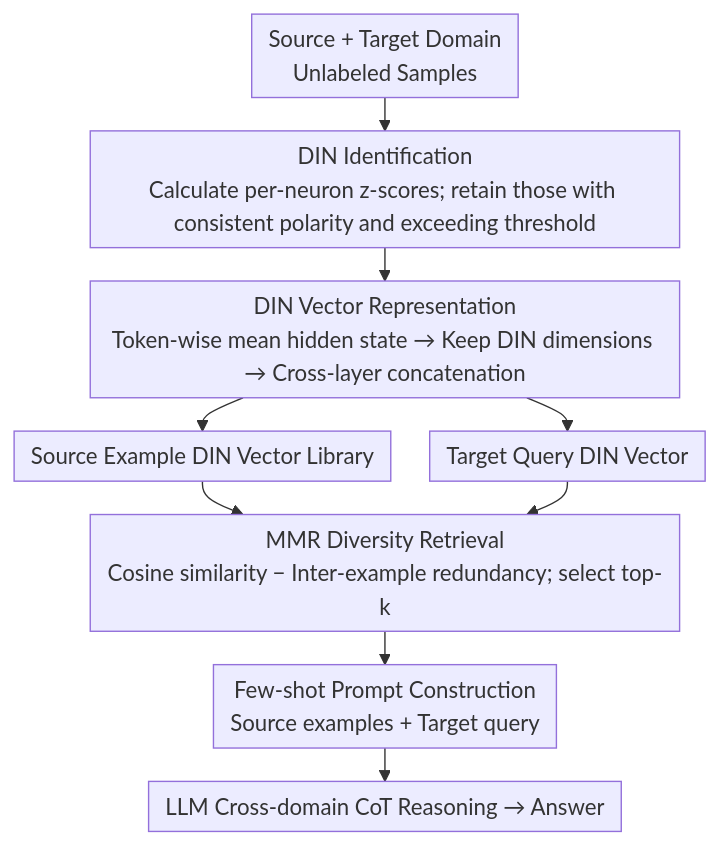
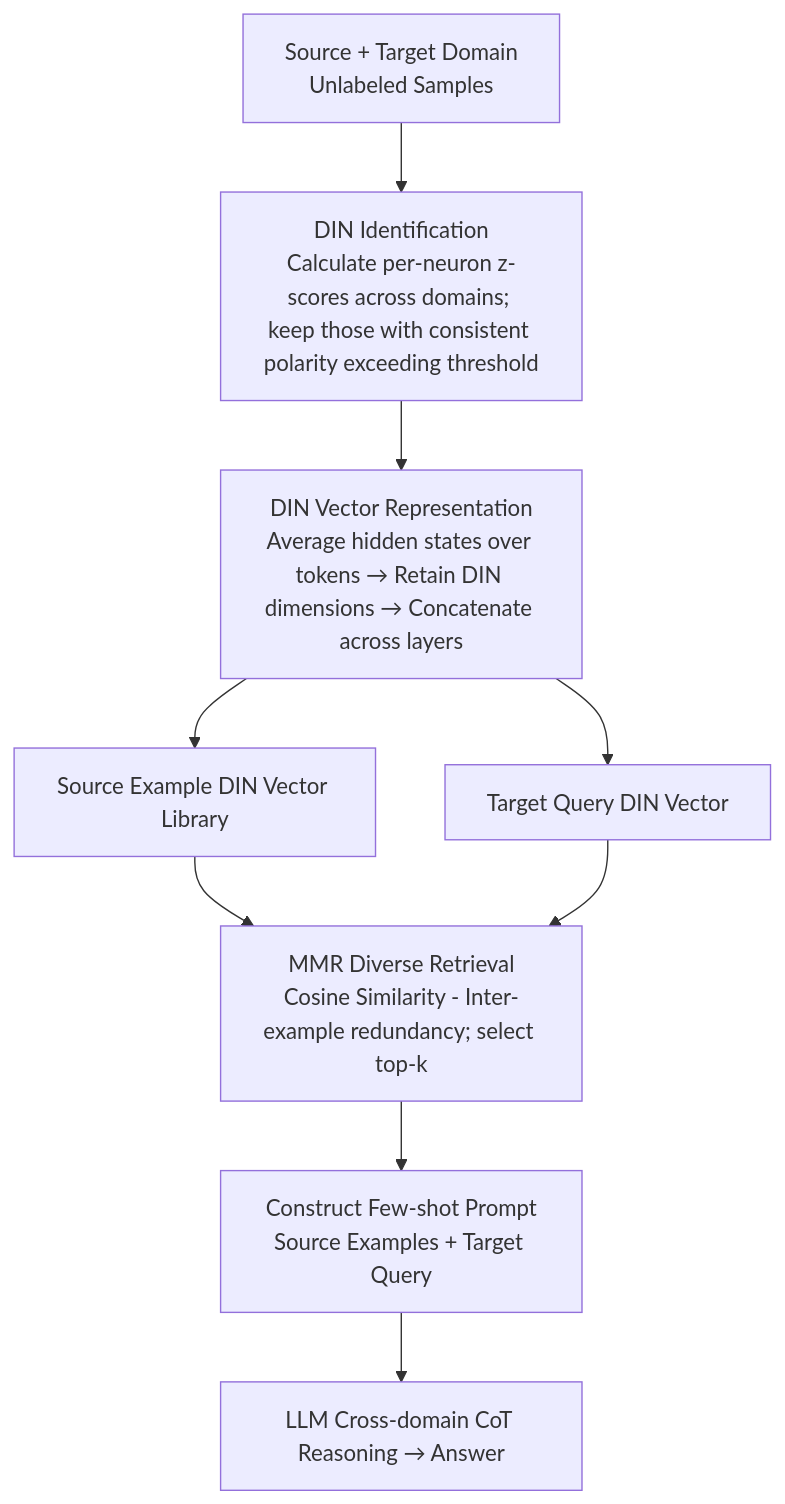
Before and after one commit to zhaoyang97/Paper-Notes-en: the diagram in docs/ACL2026/llm_reasoning/towards_effective_in-context_cross-domain_knowledge_transfer_via_domain-invarian.md, drawn with Mermaid. The commit also changed other lines of this file and 5084 other files, not shown here.

````diff
--- a/docs/ACL2026/llm_reasoning/towards_effective_in-context_cross-domain_knowledge_transfer_via_domain-invarian.md
+++ b/docs/ACL2026/llm_reasoning/towards_effective_in-context_cross-domain_knowledge_transfer_via_domain-invarian.md
@@ -44,12 +44,11 @@
 ```mermaid
-%%{init: {'flowchart': {'rankSpacing': 24, 'nodeSpacing': 28, 'padding': 6, 'wrappingWidth': 400}}}%%
-flowchart TD
-    A["Source + Target Domain<br/>Unlabeled Samples"] --> B["DIN Identification<br/>Calculate per-neuron z-scores; retain those with consistent polarity and exceeding threshold"]
-    B --> C["DIN Vector Representation<br/>Token-wise mean hidden state → Keep DIN dimensions → Cross-layer concatenation"]
+graph TD
+    A["Source + Target Domain<br/>Unlabeled Samples"] --> B["DIN Identification<br/>Calculate per-neuron z-scores across domains; keep those with consistent polarity exceeding threshold"]
+    B --> C["DIN Vector Representation<br/>Average hidden states over tokens → Retain DIN dimensions → Concatenate across layers"]
     C --> D["Source Example DIN Vector Library"]
     C --> E["Target Query DIN Vector"]
-    D --> F["MMR Diversity Retrieval<br/>Cosine similarity − Inter-example redundancy; select top-k"]
+    D --> F["MMR Diverse Retrieval<br/>Cosine Similarity - Inter-example redundancy; select top-k"]
     E --> F
-    F --> G["Few-shot Prompt Construction<br/>Source examples + Target query"]
+    F --> G["Construct Few-shot Prompt<br/>Source Examples + Target Query"]
     G --> H["LLM Cross-domain CoT Reasoning → Answer"]
 ```
````
